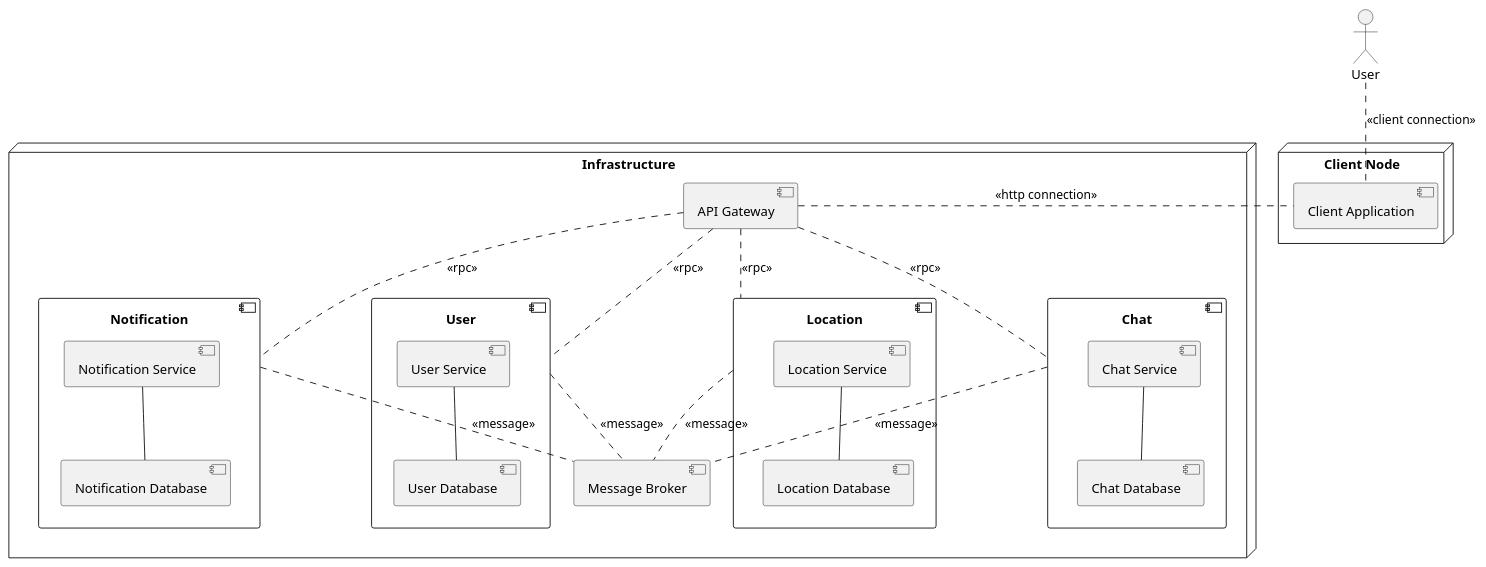
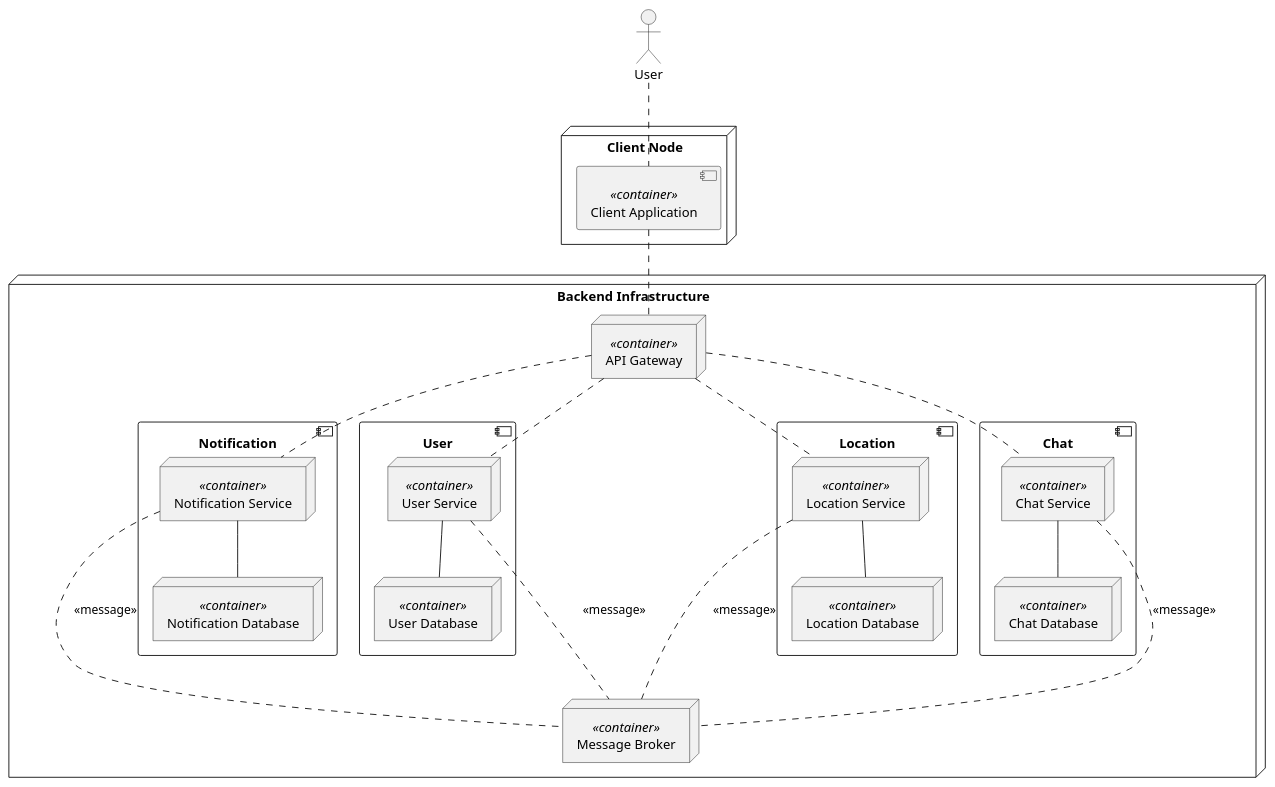
Before and after one commit to position-pal/Documentation: the fifth of 6 diagrams in content/docs/3-arch-design/2-architecture-design.md, drawn with PlantUML. The commit also changed 1 other file, not shown here.

Commit message:
Improve deployment schema

````diff
--- a/content/docs/3-arch-design/2-architecture-design.md
+++ b/content/docs/3-arch-design/2-architecture-design.md
@@ -228,57 +228,52 @@
 ```plantuml
 @startuml deployment-view
 actor "User" as U
+
 node "Client Node" as CN {
-    component "Client Application" as CA
+    component "Client Application" <<container>> as CA
 }
 
-
-node "Infrastructure" as INF {
-
+node "Backend Infrastructure" as INF {
    
-    component "API Gateway" as AGW
-    component "Message Broker" as MB
+    node "API Gateway" <<container>> as AGW
+    node "Message Broker" <<container>> as MB
 
     component "Notification" as NS {
-        component "Notification Service" as NSI
-        component "Notification Database" as ND
-
+        node "Notification Service" <<container>> as NSI
+        node "Notification Database" <<container>> as ND
         NSI -- ND
     }
 
     component "User" as US {
-        component "User Service" as USI
-        component "User Database" as UD
-
+        node "User Service" <<container>> as USI
+        node "User Database" <<container>> as UD
         USI -- UD
     }
 
     component "Location" as LS {
-        component "Location Service" as LSI
-        component "Location Database" as LD
-
+        node "Location Service" <<container>> as LSI
+        node "Location Database" <<container>> as LD
         LSI -- LD
     }
 
     component "Chat" as CS {
-        component "Chat Service" as CSI
-        component "Chat Database" as CD
-
+        node "Chat Service" <<container>> as CSI
+        node "Chat Database" <<container>> as CD
         CSI -- CD
     }
 
-    LS .down. MB: <<message>>
-    CS .down. MB: <<message>>
-    NS .down. MB: <<message>>
-    US .down. MB: <<message>>
+    LSI ... MB: <<message>>
+    CSI ... MB: <<message>>
+    NSI ... MB: <<message>>
+    USI ... MB: <<message>>
 
-    AGW .down. US: <<rpc>>
-    AGW .down. LS: <<rpc>>
-    AGW .down. CS: <<rpc>>
-    AGW .down. NS: <<rpc>>
+    AGW .. USI
+    AGW .. LSI
+    AGW .. CSI
+    AGW .. NSI
 }
 
-AGW .right. CA: <<http connection>>
-U .. CA: <<client connection>>
+AGW .up. CA
+U .. CA
 @enduml
 ```
````
